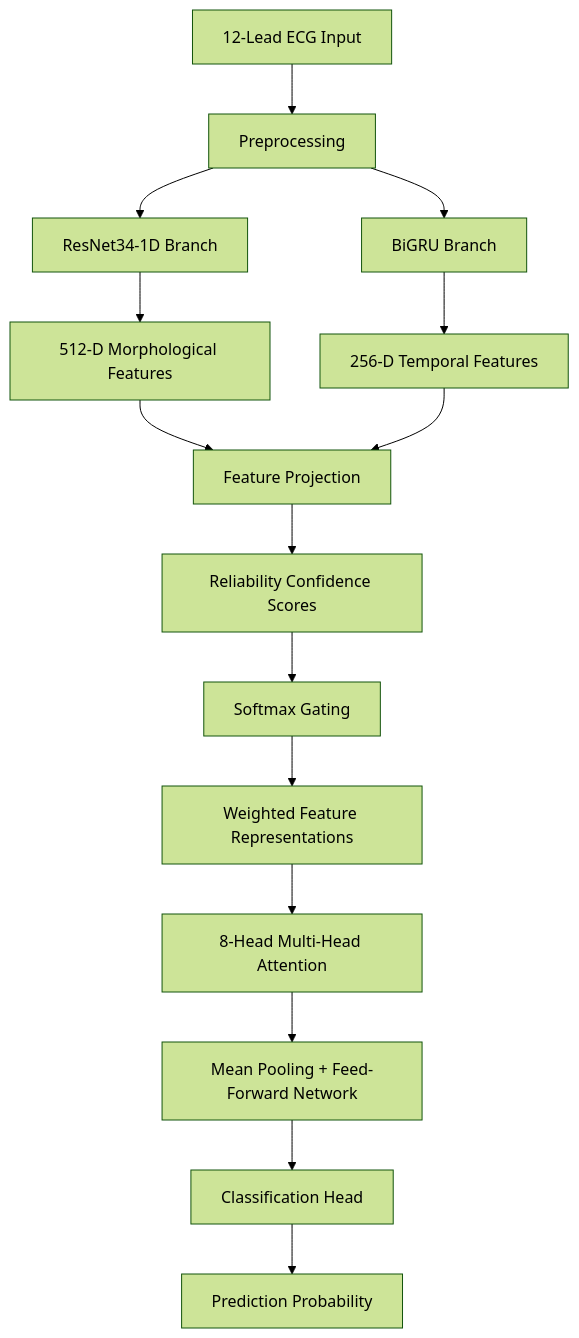
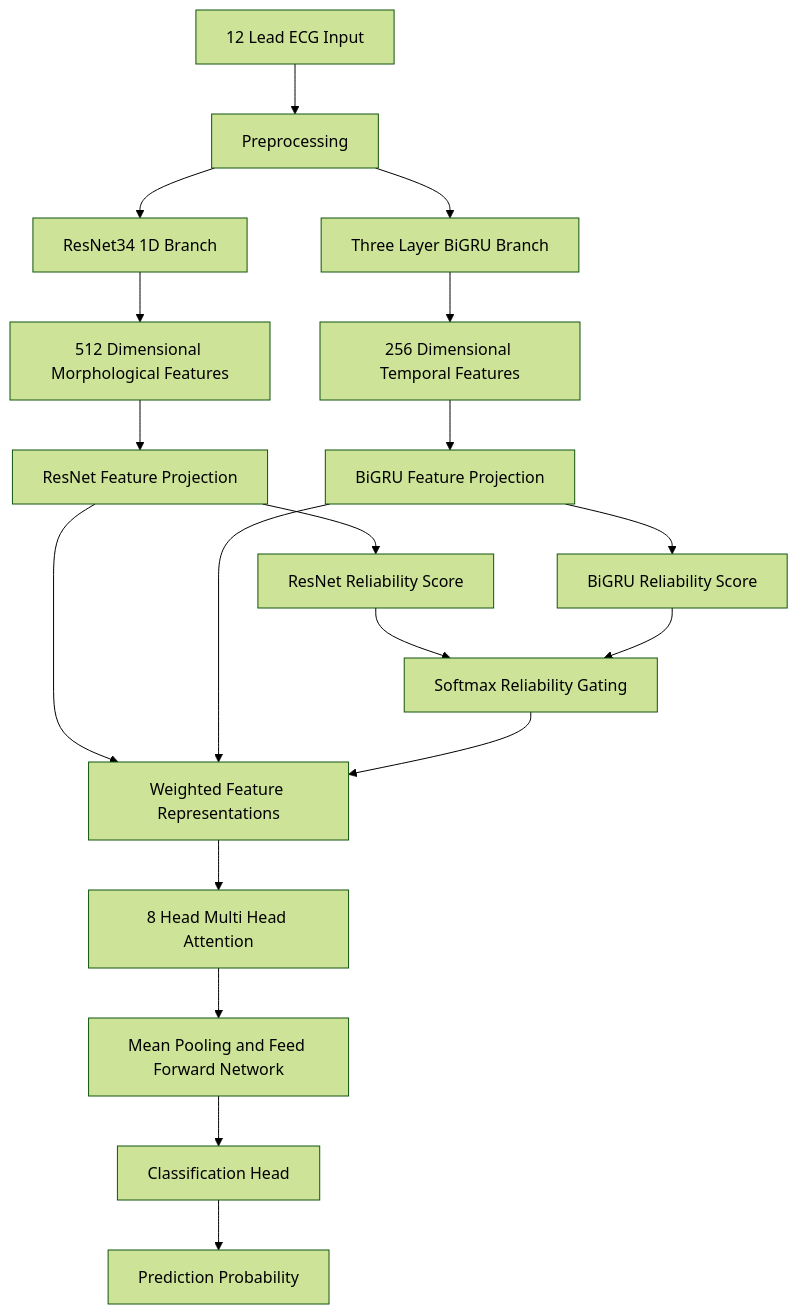
The second of 2 diagrams in README.md (Shreya-Sharma03/CardioInsight), drawn with Mermaid (forest theme) before and after one commit. The commit also changed other lines of this file, not shown here.

````diff
--- a/README.md
+++ b/README.md
@@ -215,23 +207,21 @@
 ```mermaid
 flowchart TD
-    A["12-Lead ECG Input"] --> B["Preprocessing"]
-
-    B --> C["ResNet34-1D Branch"]
-    B --> D["BiGRU Branch"]
-
-    C --> E["512-D Morphological Features"]
-    D --> F["256-D Temporal Features"]
-
-    E --> G["Feature Projection"]
-    F --> G
-
-    G --> H["Reliability Confidence Scores"]
-    H --> I["Softmax Gating"]
-
-    I --> J["Weighted Feature Representations"]
-    J --> K["8-Head Multi-Head Attention"]
-
-    K --> L["Mean Pooling + Feed-Forward Network"]
-    L --> M["Classification Head"]
-    M --> N["Prediction Probability"]
+    INPUT[12 Lead ECG Input] --> PRE[Preprocessing]
+    PRE --> RES[ResNet34 1D Branch]
+    PRE --> GRU[Three Layer BiGRU Branch]
+    RES --> RF[512 Dimensional Morphological Features]
+    GRU --> GF[256 Dimensional Temporal Features]
+    RF --> RP[ResNet Feature Projection]
+    GF --> GP[BiGRU Feature Projection]
+    RP --> RC[ResNet Reliability Score]
+    GP --> GC[BiGRU Reliability Score]
+    RC --> GATE[Softmax Reliability Gating]
+    GC --> GATE
+    RP --> WEIGHT[Weighted Feature Representations]
+    GP --> WEIGHT
+    GATE --> WEIGHT
+    WEIGHT --> ATT[8 Head Multi Head Attention]
+    ATT --> POOL[Mean Pooling and Feed Forward Network]
+    POOL --> HEAD[Classification Head]
+    HEAD --> PROB[Prediction Probability]
 ```
````
